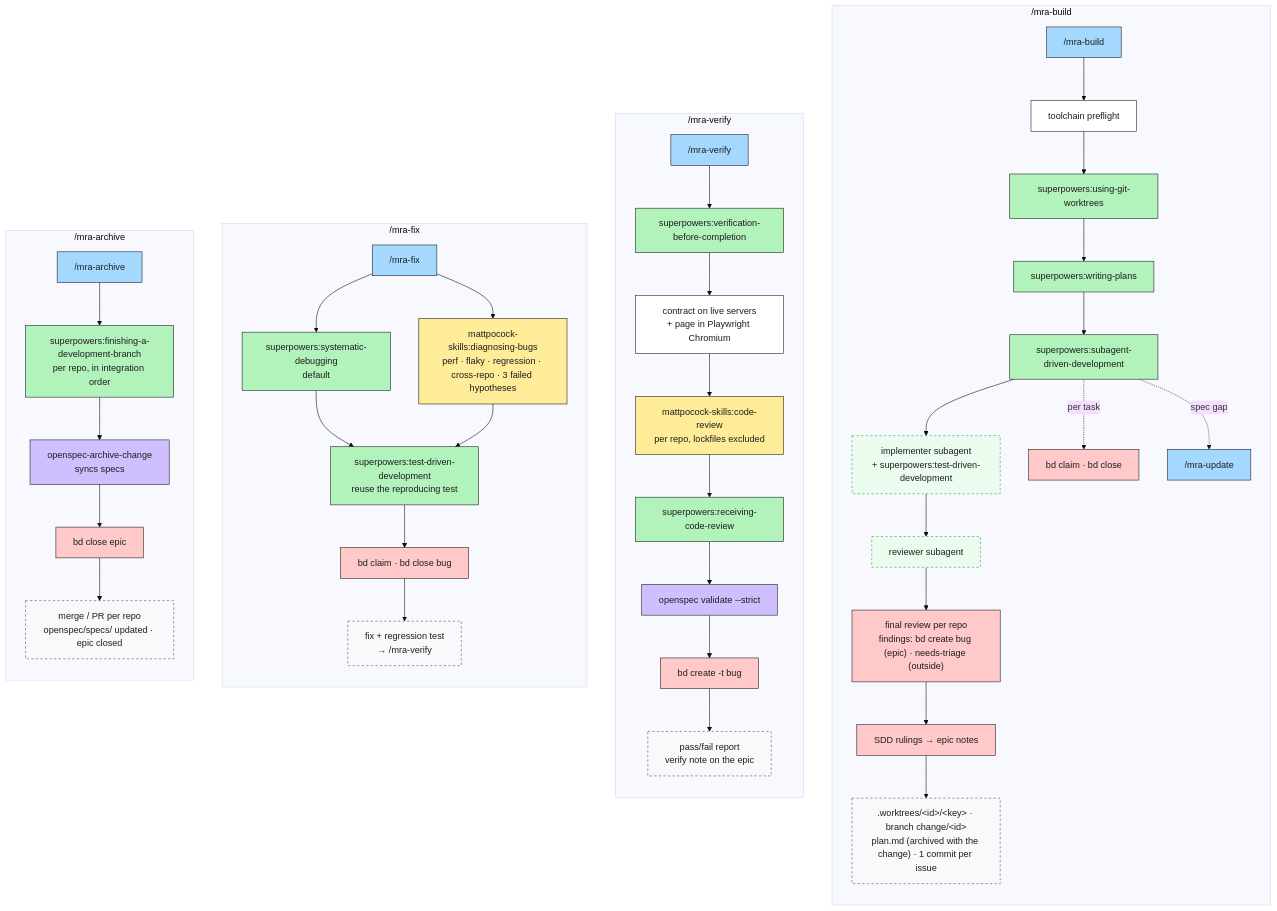
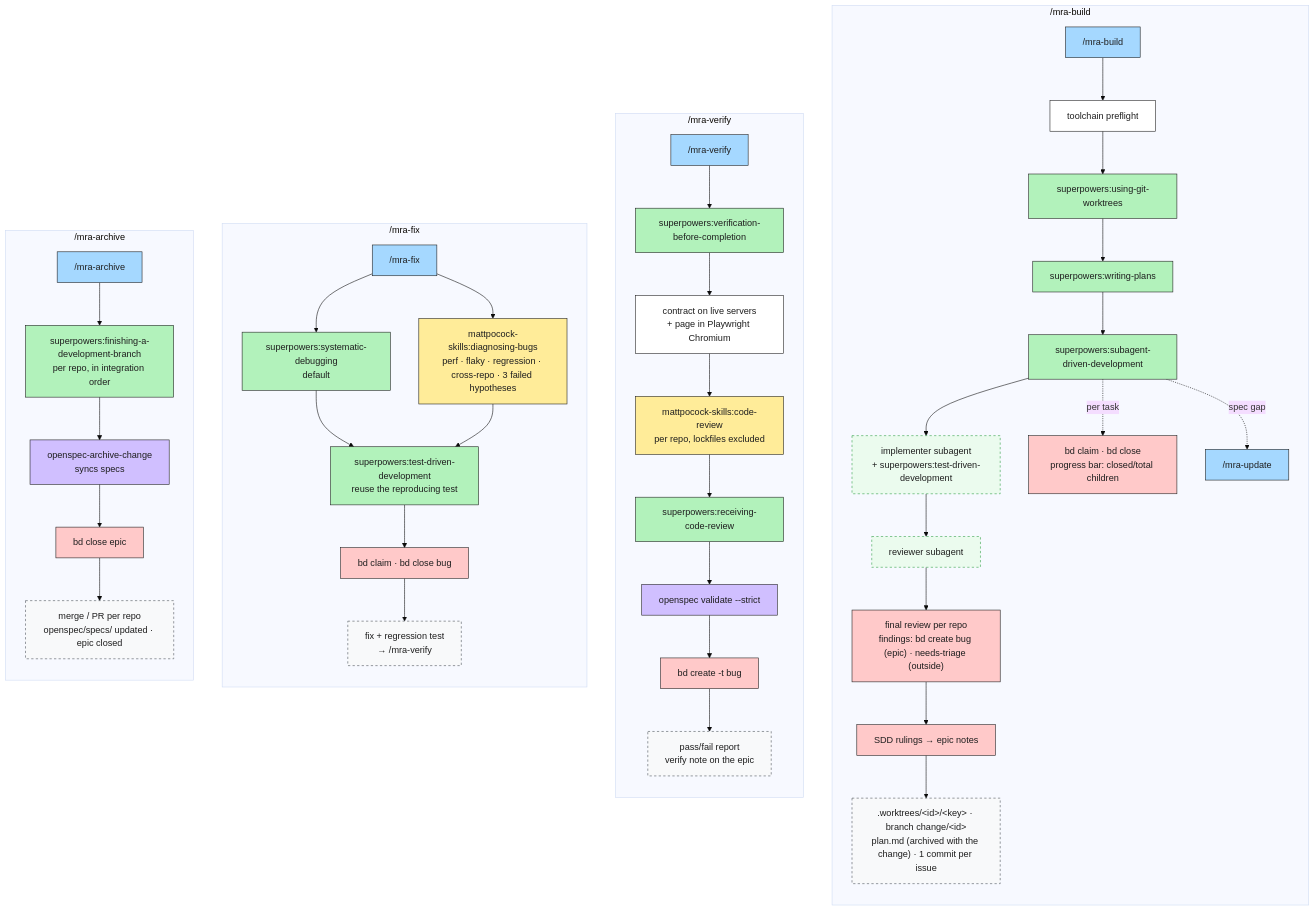
One commit to Ancora-Ancora/mra-flow changed the third of 5 diagrams in payload/orchestrator/.mra-flow/docs/mra-flow.md. Above: the diagram before and after it, drawn with Mermaid (base theme). The commit also changed 3 other files, not shown here.

First line of the commit message:
Show a progress bar in /mra-build; release 0.1.5

````diff
--- a/payload/orchestrator/.mra-flow/docs/mra-flow.md
+++ b/payload/orchestrator/.mra-flow/docs/mra-flow.md
@@ -84,51 +84,51 @@
 ```mermaid
 flowchart TB
     classDef phase fill:#a5d8ff,stroke:#1e1e1e,color:#1e1e1e
     classDef sp fill:#b2f2bb,stroke:#1e1e1e,color:#1e1e1e
     classDef mp fill:#ffec99,stroke:#1e1e1e,color:#1e1e1e
     classDef os fill:#d0bfff,stroke:#1e1e1e,color:#1e1e1e
     classDef bd fill:#ffc9c9,stroke:#1e1e1e,color:#1e1e1e
     classDef art fill:#f8f9fa,stroke:#495057,stroke-dasharray:4 4,color:#1e1e1e
     classDef sub fill:#ebfbee,stroke:#2f9e44,stroke-dasharray:4 4,color:#1e1e1e
     classDef step fill:#ffffff,stroke:#1e1e1e,color:#1e1e1e
 
     subgraph BU["/mra-build"]
         direction TB
         bu["/mra-build"]:::phase --> bu0["toolchain preflight"]:::step
         bu0 --> bu1["superpowers:using-git-worktrees"]:::sp
         bu1 --> bu2["superpowers:writing-plans"]:::sp
         bu2 --> bu3["superpowers:subagent-driven-development"]:::sp
         bu3 --> bu4["implementer subagent<br/>+ superpowers:test-driven-development"]:::sub
         bu4 --> bu5["reviewer subagent"]:::sub
-        bu3 -. per task .-> bu6["bd claim · bd close"]:::bd
+        bu3 -. per task .-> bu6["bd claim · bd close<br/>progress bar: closed/total children"]:::bd
         bu3 -. spec gap .-> bu7["/mra-update"]:::phase
         bu5 --> bu8["final review per repo<br/>findings: bd create bug (epic) · needs-triage (outside)"]:::bd
         bu8 --> bu9["SDD rulings → epic notes"]:::bd
         bu9 --> buA[".worktrees/#lt;id#gt;/#lt;key#gt; · branch change/#lt;id#gt;<br/>plan.md (archived with the change) · 1 commit per issue"]:::art
     end
     subgraph VE["/mra-verify"]
         direction TB
         ve["/mra-verify"]:::phase --> ve1["superpowers:verification-before-completion"]:::sp
         ve1 --> ve6["contract on live servers<br/>+ page in Playwright Chromium"]:::step
         ve6 --> ve2["mattpocock-skills:code-review<br/>per repo, lockfiles excluded"]:::mp
         ve2 --> ve3["superpowers:receiving-code-review"]:::sp
         ve3 --> ve4["openspec validate --strict"]:::os
         ve4 --> ve5["bd create -t bug"]:::bd
         ve5 --> veA["pass/fail report<br/>verify note on the epic"]:::art
     end
     subgraph FX["/mra-fix"]
         direction TB
         fx["/mra-fix"]:::phase --> fx1["superpowers:systematic-debugging<br/>default"]:::sp
         fx --> fx2["mattpocock-skills:diagnosing-bugs<br/>perf · flaky · regression · cross-repo · 3 failed hypotheses"]:::mp
         fx1 & fx2 --> fx3["superpowers:test-driven-development<br/>reuse the reproducing test"]:::sp
         fx3 --> fx4["bd claim · bd close bug"]:::bd
         fx4 --> fxA["fix + regression test<br/>→ /mra-verify"]:::art
     end
     subgraph AR["/mra-archive"]
         direction TB
         ar["/mra-archive"]:::phase --> ar1["superpowers:finishing-a-development-branch<br/>per repo, in integration order"]:::sp
         ar1 --> ar2["openspec-archive-change<br/>syncs specs"]:::os
         ar2 --> ar3["bd close epic"]:::bd
         ar3 --> arA["merge / PR per repo<br/>openspec/specs/ updated · epic closed"]:::art
     end
 ```
````
